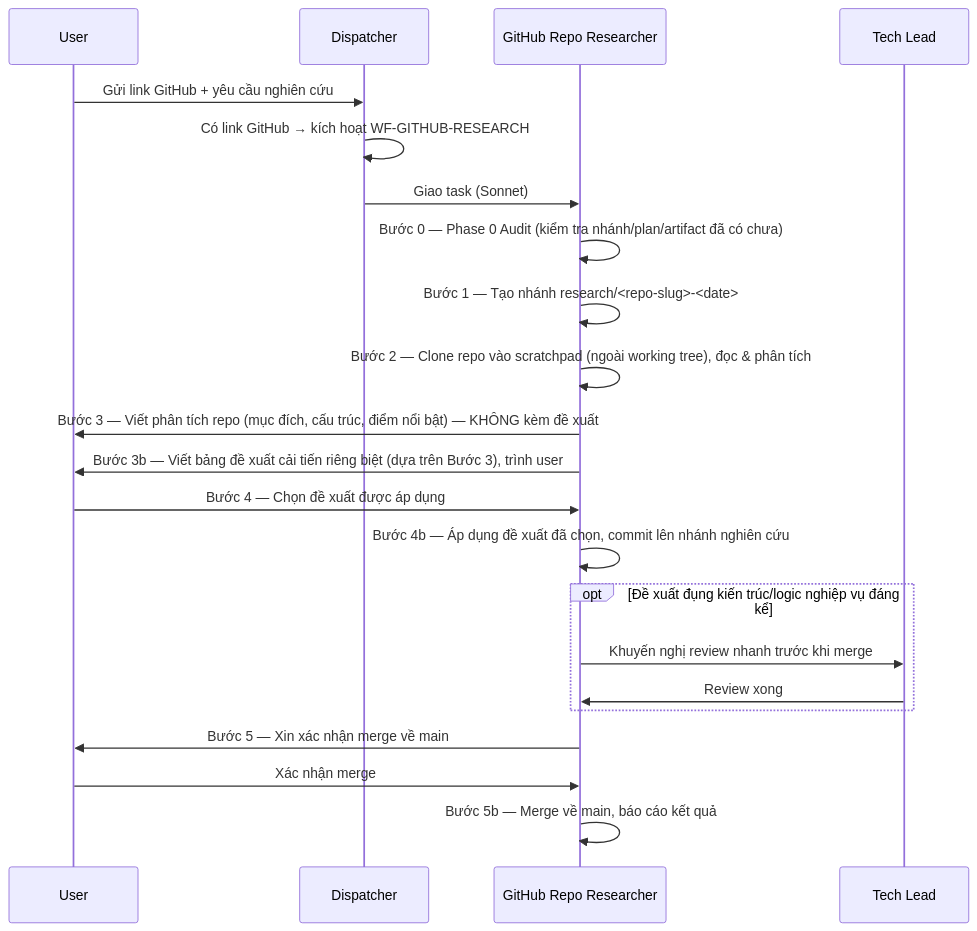
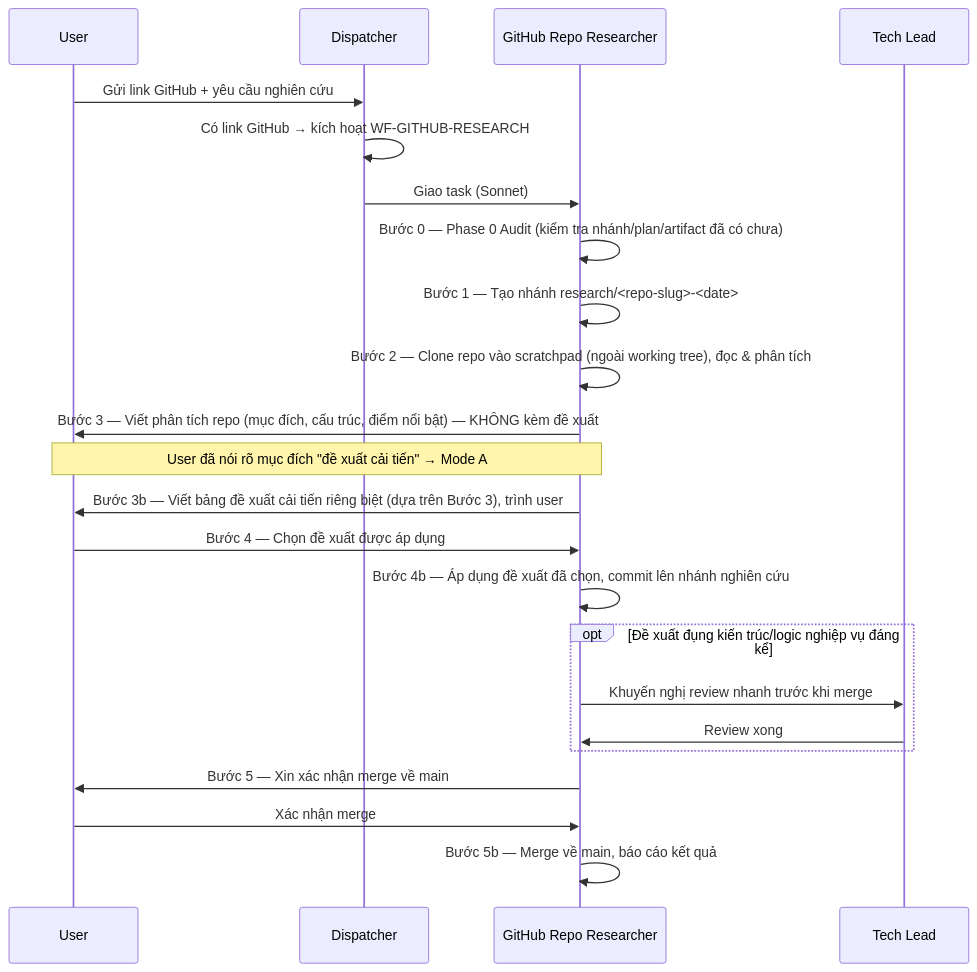
The tenth of 11 diagrams in WORKFLOW.md (flick-git-anhnv/claude), drawn with Mermaid before and after one commit. The commit also changed other lines of this file and 14 other files, not shown here.

First line of the commit message:
Bổ sung GitHub Repo Researcher: hỗ trợ nghiên cứu học tập/tham khảo (Mode B) ngoài cải tiến KZTEK (Mode A)

````diff
--- a/WORKFLOW.md
+++ b/WORKFLOW.md
@@ -383,26 +383,27 @@
 ```mermaid
 sequenceDiagram
     participant U as User
     participant Disp as Dispatcher
     participant GRR as GitHub Repo Researcher
     participant TL as Tech Lead
 
     U->>Disp: Gửi link GitHub + yêu cầu nghiên cứu
     Disp->>Disp: Có link GitHub → kích hoạt WF-GITHUB-RESEARCH
     Disp->>GRR: Giao task (Sonnet)
 
     GRR->>GRR: Bước 0 — Phase 0 Audit (kiểm tra nhánh/plan/artifact đã có chưa)
     GRR->>GRR: Bước 1 — Tạo nhánh research/<repo-slug>-<date>
     GRR->>GRR: Bước 2 — Clone repo vào scratchpad (ngoài working tree), đọc & phân tích
     GRR->>U: Bước 3 — Viết phân tích repo (mục đích, cấu trúc, điểm nổi bật) — KHÔNG kèm đề xuất
+    Note over GRR,U: User đã nói rõ mục đích "đề xuất cải tiến" → Mode A
     GRR->>U: Bước 3b — Viết bảng đề xuất cải tiến riêng biệt (dựa trên Bước 3), trình user
     U->>GRR: Bước 4 — Chọn đề xuất được áp dụng
     GRR->>GRR: Bước 4b — Áp dụng đề xuất đã chọn, commit lên nhánh nghiên cứu
     opt Đề xuất đụng kiến trúc/logic nghiệp vụ đáng kể
         GRR->>TL: Khuyến nghị review nhanh trước khi merge
         TL->>GRR: Review xong
     end
     GRR->>U: Bước 5 — Xin xác nhận merge về main
     U->>GRR: Xác nhận merge
     GRR->>GRR: Bước 5b — Merge về main, báo cáo kết quả
 ```
````
